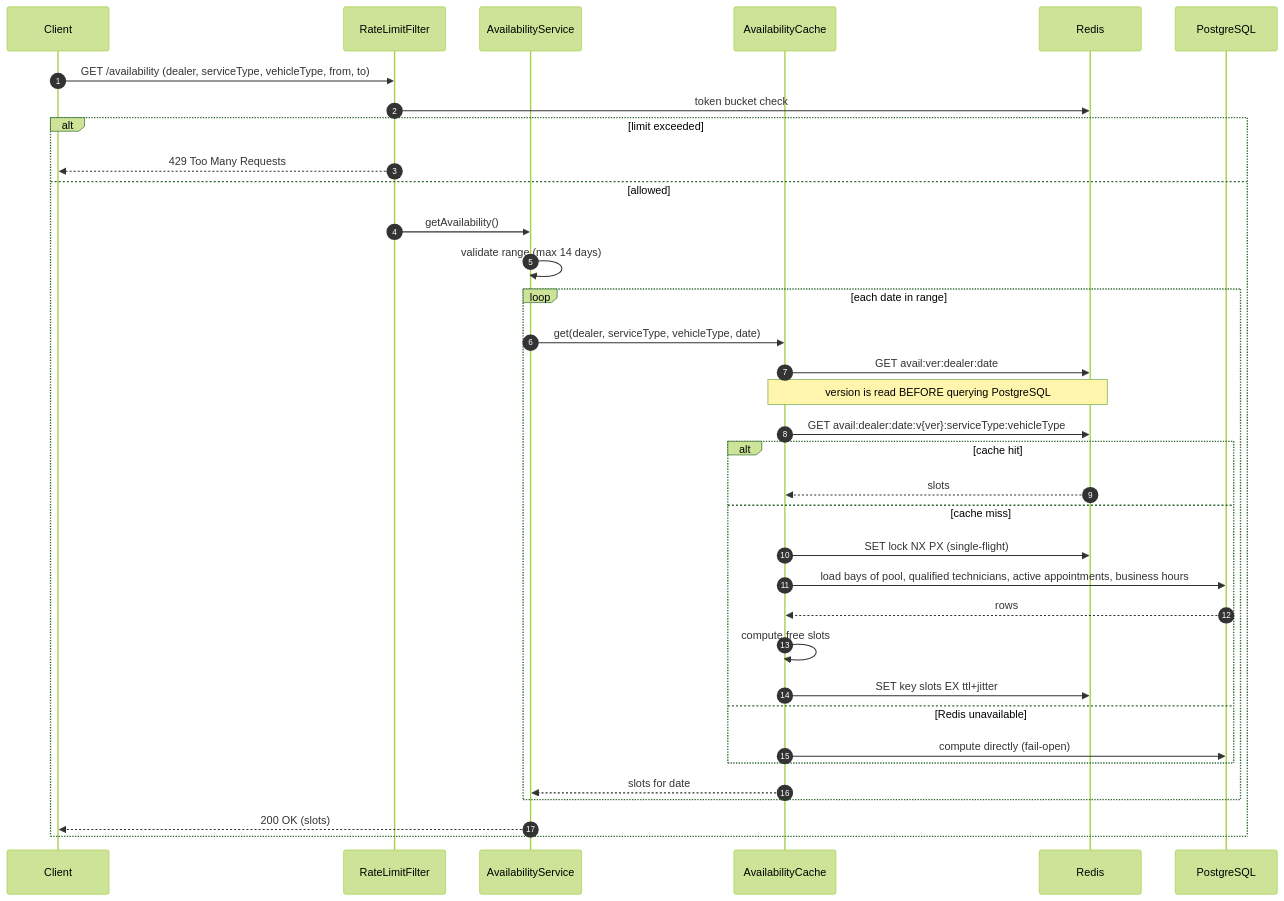
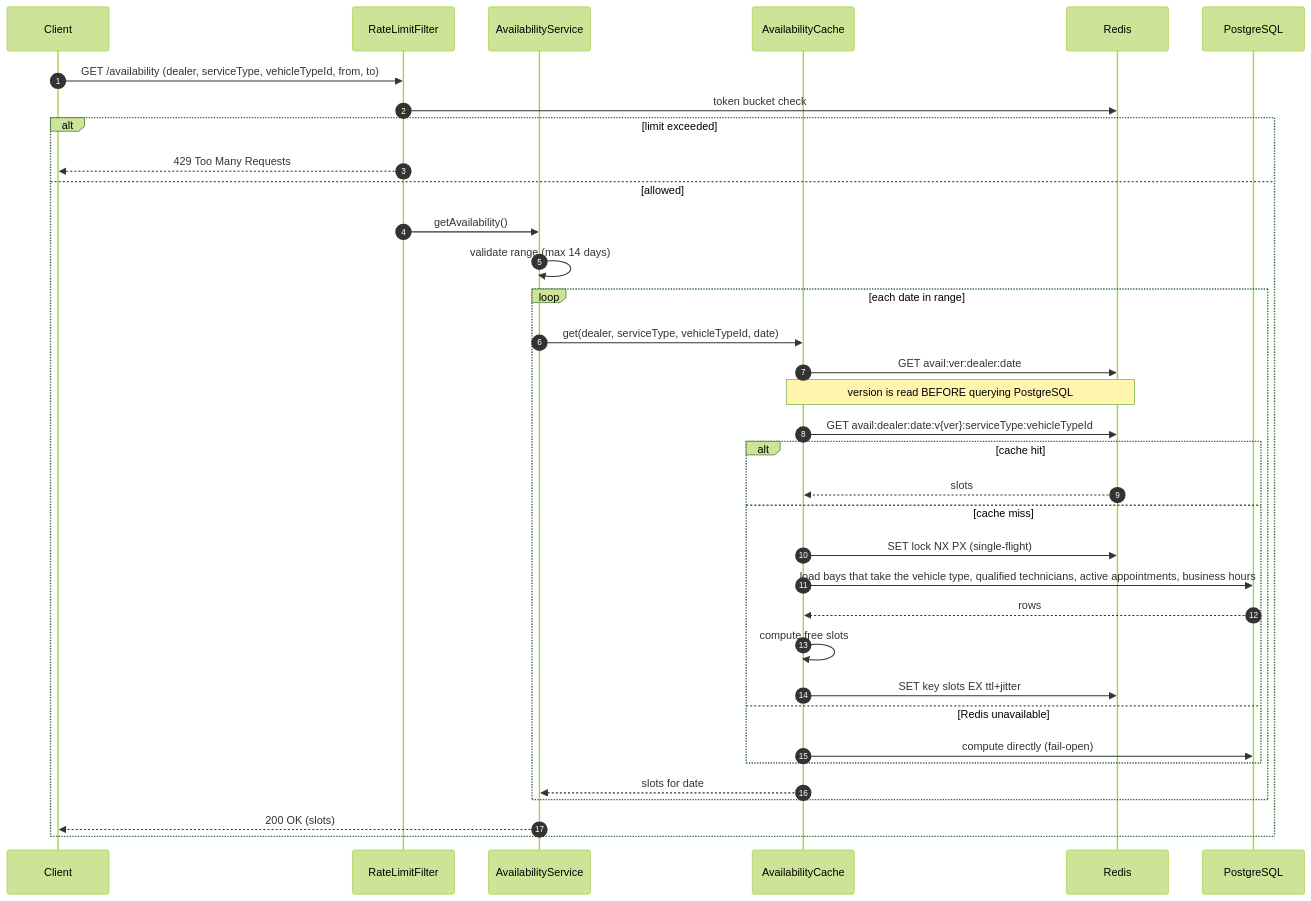
Before and after one commit to Rubynam/keyloop: the diagram in docs/diagrams/dld/04-seq-check-availability.mermaid, drawn with Mermaid (forest theme). The commit also changed 40 other files, not shown here.

```diff
--- a/docs/diagrams/dld/04-seq-check-availability.mermaid
+++ b/docs/diagrams/dld/04-seq-check-availability.mermaid
@@ -1,36 +1,36 @@
 sequenceDiagram
     autonumber
     participant C as Client
     participant RL as RateLimitFilter
     participant AVS as AvailabilityService
     participant CA as AvailabilityCache
     participant R as Redis
     participant PG as PostgreSQL
 
-    C->>RL: GET /availability (dealer, serviceType, vehicleType, from, to)
+    C->>RL: GET /availability (dealer, serviceType, vehicleTypeId, from, to)
     RL->>R: token bucket check
     alt limit exceeded
         RL-->>C: 429 Too Many Requests
     else allowed
         RL->>AVS: getAvailability()
         AVS->>AVS: validate range (max 14 days)
         loop each date in range
-            AVS->>CA: get(dealer, serviceType, vehicleType, date)
+            AVS->>CA: get(dealer, serviceType, vehicleTypeId, date)
             CA->>R: GET avail:ver:dealer:date
             Note over CA,R: version is read BEFORE querying PostgreSQL
-            CA->>R: GET avail:dealer:date:v{ver}:serviceType:vehicleType
+            CA->>R: GET avail:dealer:date:v{ver}:serviceType:vehicleTypeId
             alt cache hit
                 R-->>CA: slots
             else cache miss
                 CA->>R: SET lock NX PX (single-flight)
-                CA->>PG: load bays of pool, qualified technicians, active appointments, business hours
+                CA->>PG: load bays that take the vehicle type, qualified technicians, active appointments, business hours
                 PG-->>CA: rows
                 CA->>CA: compute free slots
                 CA->>R: SET key slots EX ttl+jitter
             else Redis unavailable
                 CA->>PG: compute directly (fail-open)
             end
             CA-->>AVS: slots for date
         end
         AVS-->>C: 200 OK (slots)
     end
```
